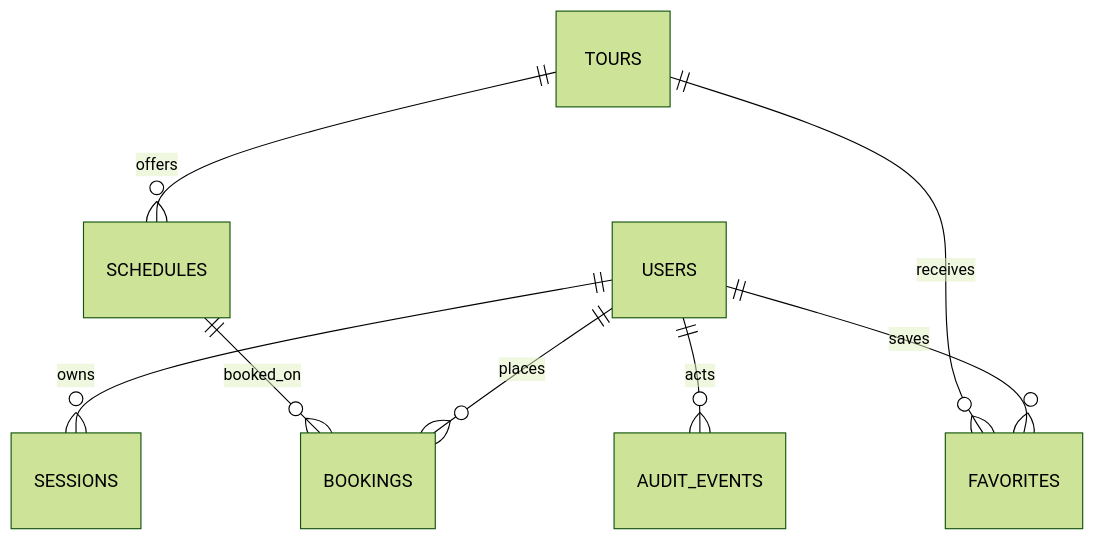
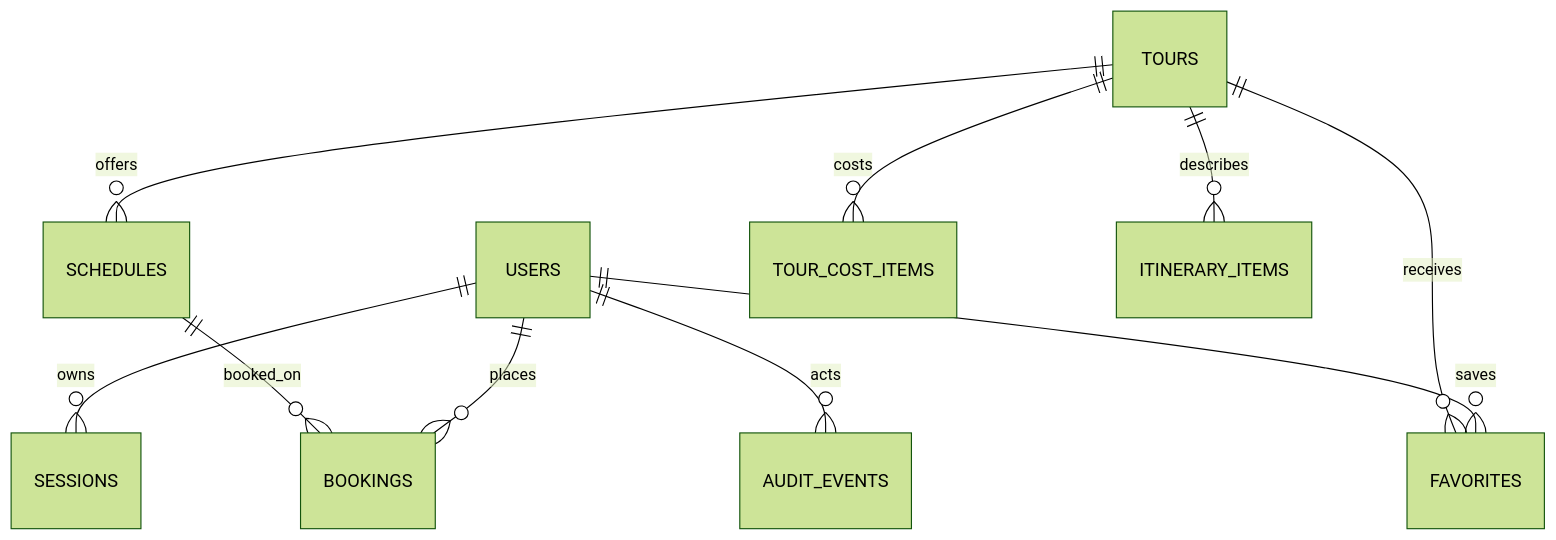
Before and after one commit to Tham2007/Quang_ba_va_dat_tour_du_lich: the diagram in database/database/docs/DATA_MODEL.md, drawn with Mermaid (forest theme). The commit also changed other lines of this file and 5 other files, not shown here.

````diff
--- a/database/database/docs/DATA_MODEL.md
+++ b/database/database/docs/DATA_MODEL.md
@@ -32,10 +49,12 @@
 ```mermaid
 erDiagram
     USERS ||--o{ SESSIONS : owns
     USERS ||--o{ BOOKINGS : places
     USERS ||--o{ FAVORITES : saves
     TOURS ||--o{ SCHEDULES : offers
+    TOURS ||--o{ TOUR_COST_ITEMS : costs
+    TOURS ||--o{ ITINERARY_ITEMS : describes
     TOURS ||--o{ FAVORITES : receives
     SCHEDULES ||--o{ BOOKINGS : booked_on
     USERS ||--o{ AUDIT_EVENTS : acts
 ```
````
